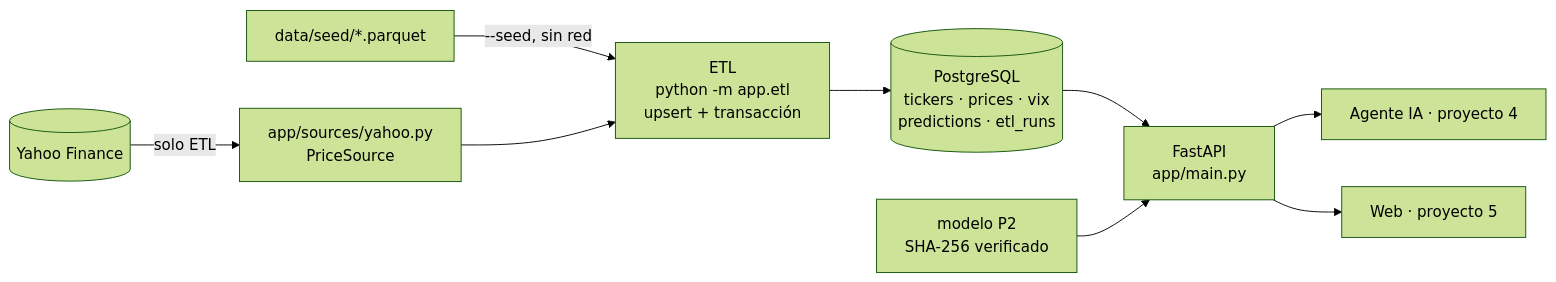
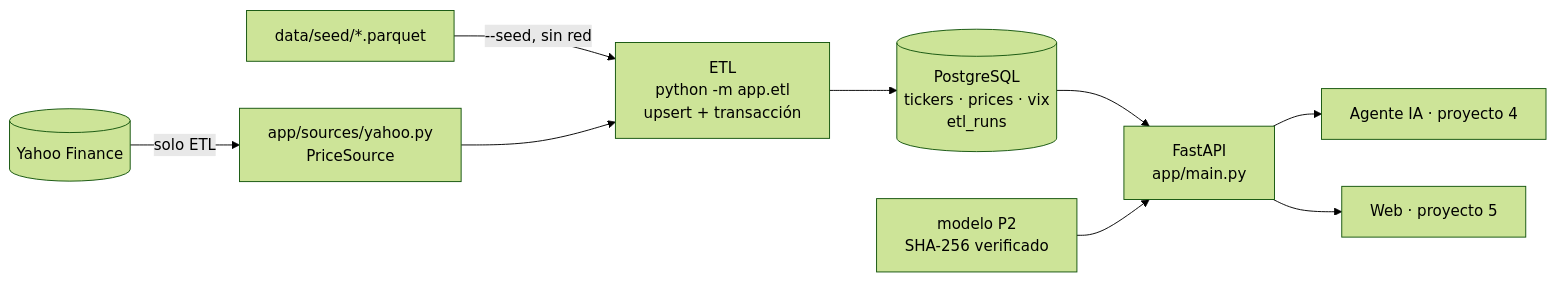
Before and after one commit to elias-orellana-91/03-api-mercado: the diagram in README.md, drawn with Mermaid (forest theme). The commit also changed other lines of this file and 5 other files, not shown here.

````diff
--- a/README.md
+++ b/README.md
@@ -9,11 +9,11 @@
 ```mermaid
 flowchart LR
     Y[(Yahoo Finance)] -->|solo ETL| A[app/sources/yahoo.py<br/>PriceSource]
     S[data/seed/*.parquet] -->|--seed, sin red| E
     A --> E[ETL<br/>python -m app.etl<br/>upsert + transacción]
-    E --> D[(PostgreSQL<br/>tickers · prices · vix<br/>predictions · etl_runs)]
+    E --> D[(PostgreSQL<br/>tickers · prices · vix<br/>etl_runs)]
     D --> F[FastAPI<br/>app/main.py]
     M[modelo P2<br/>SHA-256 verificado] --> F
     F --> G[Agente IA · proyecto 4]
     F --> W[Web · proyecto 5]
 ```
````
